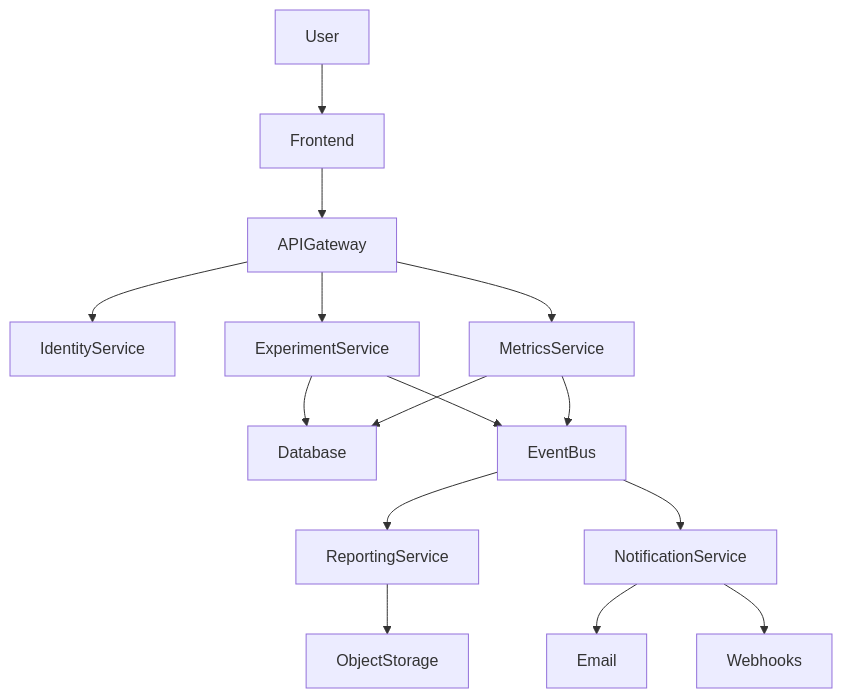
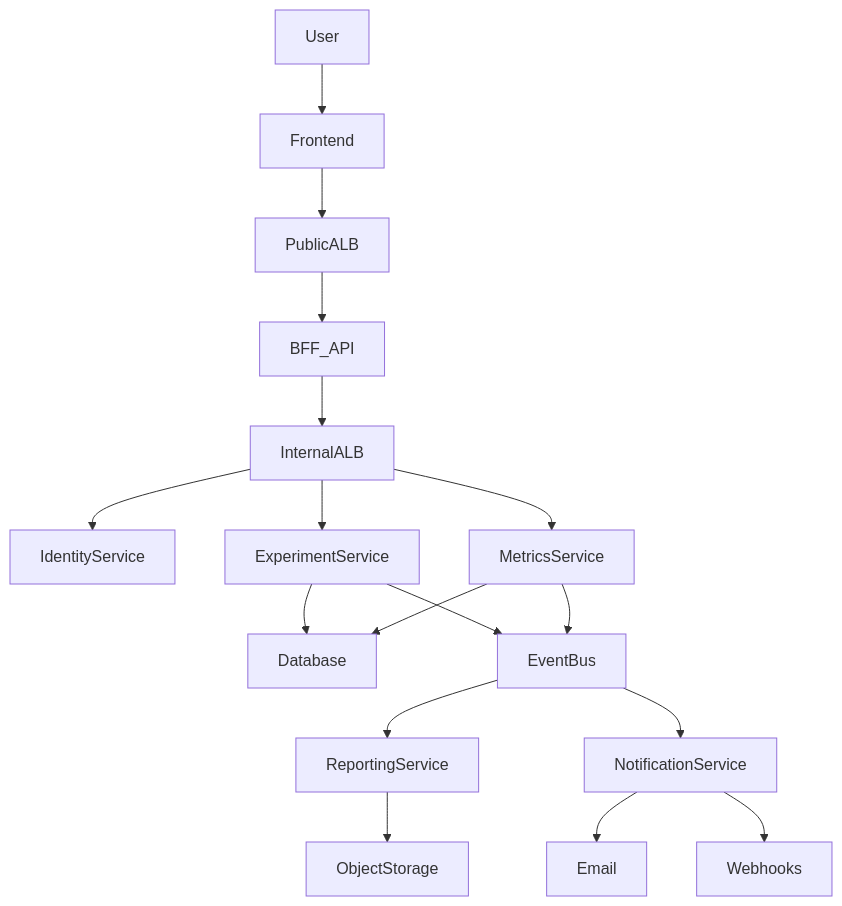
The first of 5 diagrams in PROJECT.md (ryanwaite28/ai-projects-turaf), drawn with Mermaid before and after one commit. The commit also changed other lines of this file and 91 other files, not shown here.

````diff
--- a/PROJECT.md
+++ b/PROJECT.md
@@ -2221,24 +2221,26 @@
 ```mermaid
 graph TD
 
 User --> Frontend
-Frontend --> APIGateway
+Frontend --> PublicALB
 
-APIGateway --> IdentityService
-APIGateway --> ExperimentService
-APIGateway --> MetricsService
+PublicALB --> BFF_API
+BFF_API --> InternalALB
+InternalALB --> IdentityService
+InternalALB --> ExperimentService
+InternalALB --> MetricsService
 
 ExperimentService --> Database
 MetricsService --> Database
 
 ExperimentService --> EventBus
 MetricsService --> EventBus
 
 EventBus --> ReportingService
 EventBus --> NotificationService
 
 ReportingService --> ObjectStorage
 
 NotificationService --> Email
 NotificationService --> Webhooks
 ```
````
